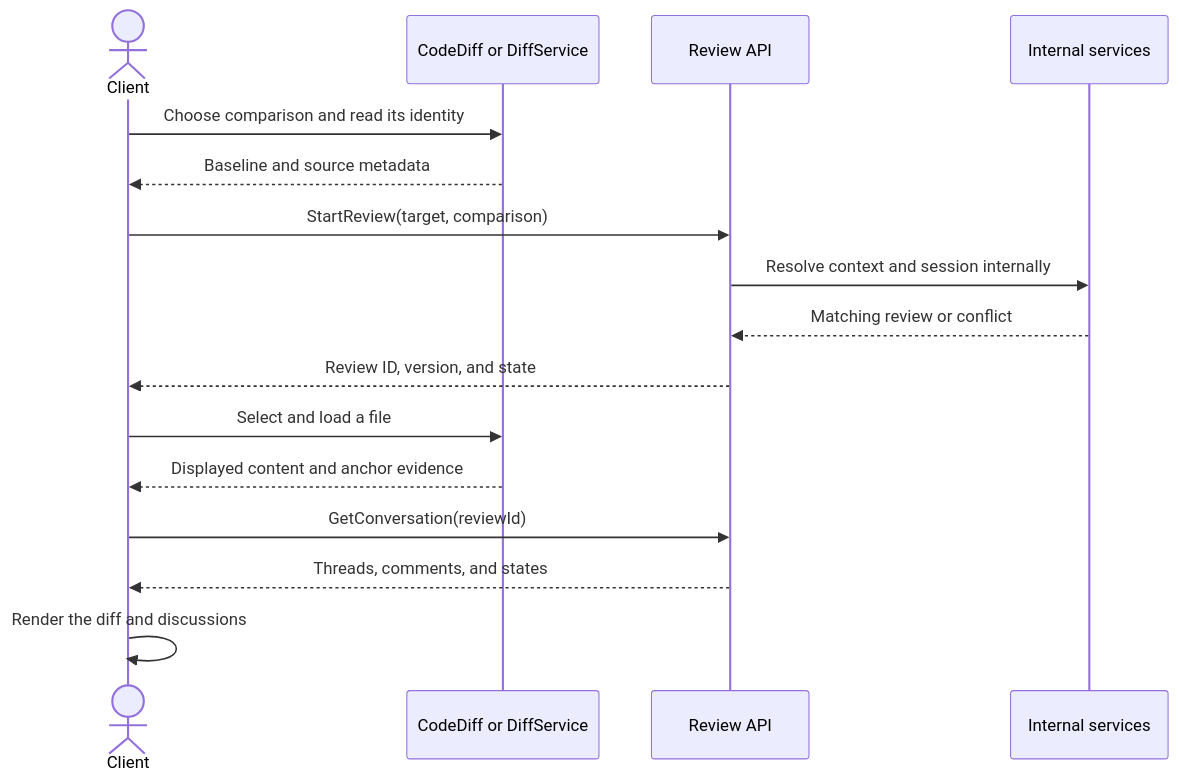
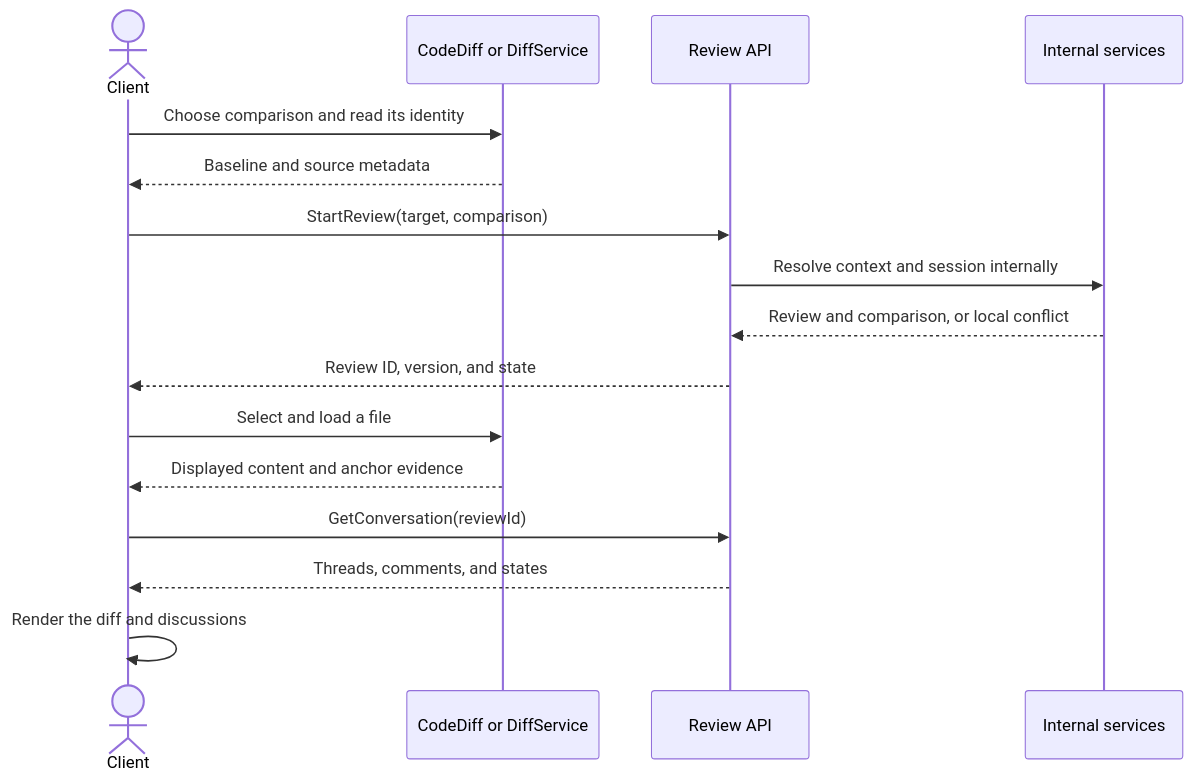
Before and after one commit to difflab-io/lgtm: the second of 13 diagrams in docs/architecture/backend/reviews.md, drawn with Mermaid. The commit also changed other lines of this file and 35 other files, not shown here.

````diff
--- a/docs/architecture/backend/reviews.md
+++ b/docs/architecture/backend/reviews.md
@@ -104,18 +106,18 @@
 ```mermaid
 sequenceDiagram
     actor Client
     participant Content as CodeDiff or DiffService
     participant API as Review API
     participant Service as Internal services
     Client->>Content: Choose comparison and read its identity
     Content-->>Client: Baseline and source metadata
     Client->>API: StartReview(target, comparison)
     API->>Service: Resolve context and session internally
-    Service-->>API: Matching review or conflict
+    Service-->>API: Review and comparison, or local conflict
     API-->>Client: Review ID, version, and state
     Client->>Content: Select and load a file
     Content-->>Client: Displayed content and anchor evidence
     Client->>API: GetConversation(reviewId)
     API-->>Client: Threads, comments, and states
     Client->>Client: Render the diff and discussions
 ```
````
